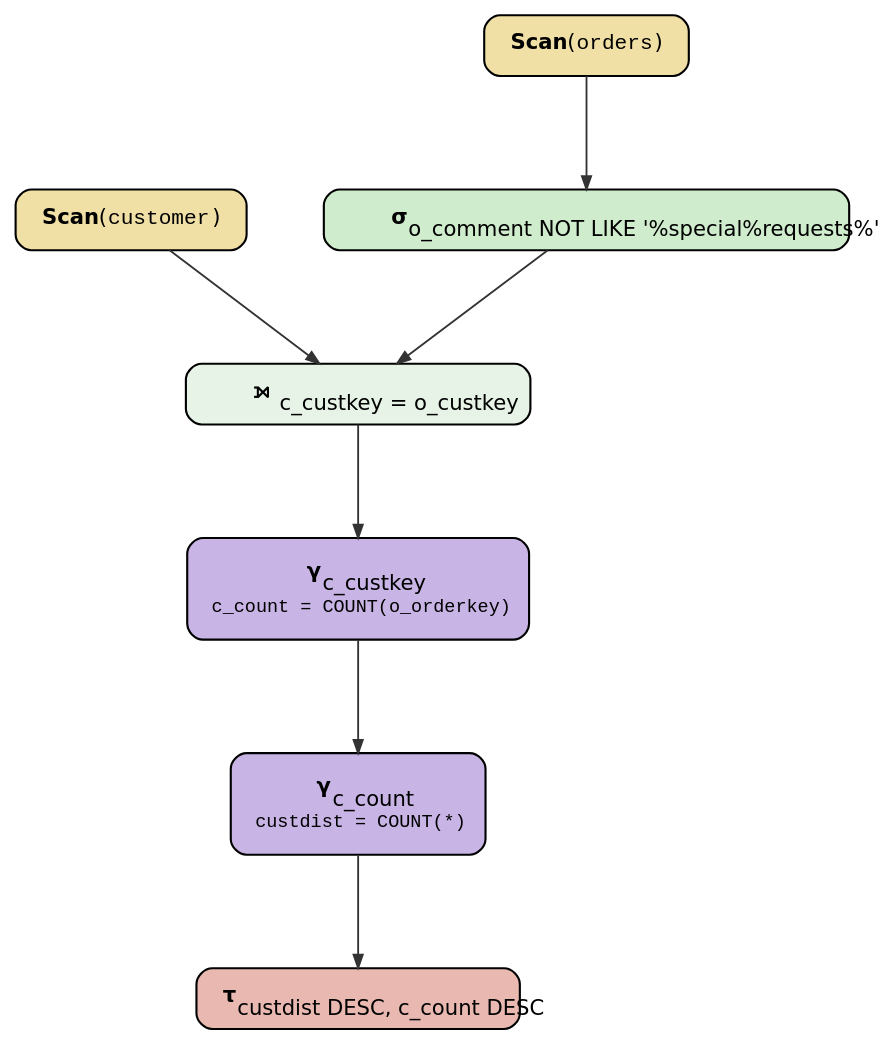
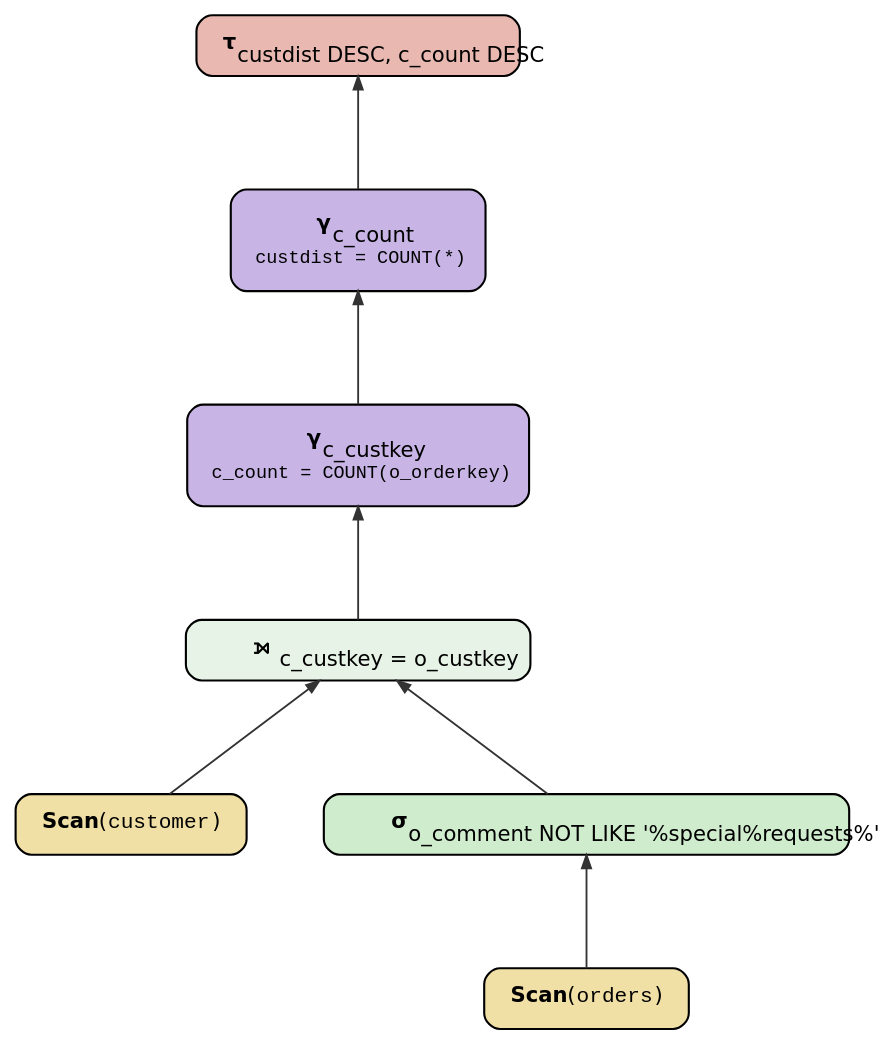
Before and after one commit to nd-tung/TCP-H_Query_Plan: the diagram in TPC-H Q13.dot, drawn with Graphviz. The commit also changed 11 other files, not shown here.

Commit message:
Reverse query plan flow: scans at bottom, results at top

```diff
--- a/TPC-H Q13.dot
+++ b/TPC-H Q13.dot
@@ -1,65 +1,65 @@
 // TPC-H Q13 Relational Algebra Query Plan (UTF-8 encoding!)
 digraph Q13 {
-  rankdir=TB;
+  rankdir=BT;
   nodesep=0.8; 
   ranksep=1.2;
   graph [fontname="DejaVu Sans", fontsize=18];
   node  [shape=box, style="rounded,filled", fontname="DejaVu Sans", fontsize=16, penwidth=1.6, margin=0.2];
   edge  [arrowhead=normal, penwidth=1.4, color="#333333"];
 
   // --- Base Table Scans ---
   node [fillcolor="#F1E0A6"];
   customer [label=< <B>Scan</B>(<FONT FACE="monospace">customer</FONT>) >];
   orders [label=< <B>Scan</B>(<FONT FACE="monospace">orders</FONT>) >];
 
   // --- Filter Orders ---
   node [fillcolor="#CFECCD"];
   filter_orders [label=< 
       <B>&sigma;</B><sub>o_comment NOT LIKE '%special%requests%'</sub>
     >];
 
   // --- Left Outer Join ---
   node [fillcolor="#E6F3E6"];
   left_join [label=< 
       <B>⟕</B><sub>c_custkey = o_custkey</sub>
     >];
 
   // --- First Aggregation (Count orders per customer) ---
   node [fillcolor="#C8B5E6"];
   agg1 [label=<
     <TABLE BORDER="0" CELLBORDER="0" CELLSPACING="0" CELLPADDING="4">
       <TR>
         <TD ALIGN="CENTER"><B>&gamma;</B><sub>c_custkey</sub></TD>
       </TR>
       <TR>
         <TD ALIGN="CENTER"><FONT POINT-SIZE="14" FACE="monospace">c_count = COUNT(o_orderkey)</FONT></TD>
       </TR>
     </TABLE>
   >];
 
   // --- Second Aggregation (Count customers per order count) ---
   node [fillcolor="#C8B5E6"];
   agg2 [label=<
     <TABLE BORDER="0" CELLBORDER="0" CELLSPACING="0" CELLPADDING="4">
       <TR>
         <TD ALIGN="CENTER"><B>&gamma;</B><sub>c_count</sub></TD>
       </TR>
       <TR>
         <TD ALIGN="CENTER"><FONT POINT-SIZE="14" FACE="monospace">custdist = COUNT(*)</FONT></TD>
       </TR>
     </TABLE>
   >];
 
   // --- Sort ---
   node [fillcolor="#E9B9B1"];
   sort [label=< <B>&tau;</B><sub>custdist DESC, c_count DESC</sub> >];
 
   // --- Flow ---
   customer -> left_join;
   orders -> filter_orders;
   filter_orders -> left_join;
   
   left_join -> agg1;
   agg1 -> agg2;
   agg2 -> sort;
 }
```
